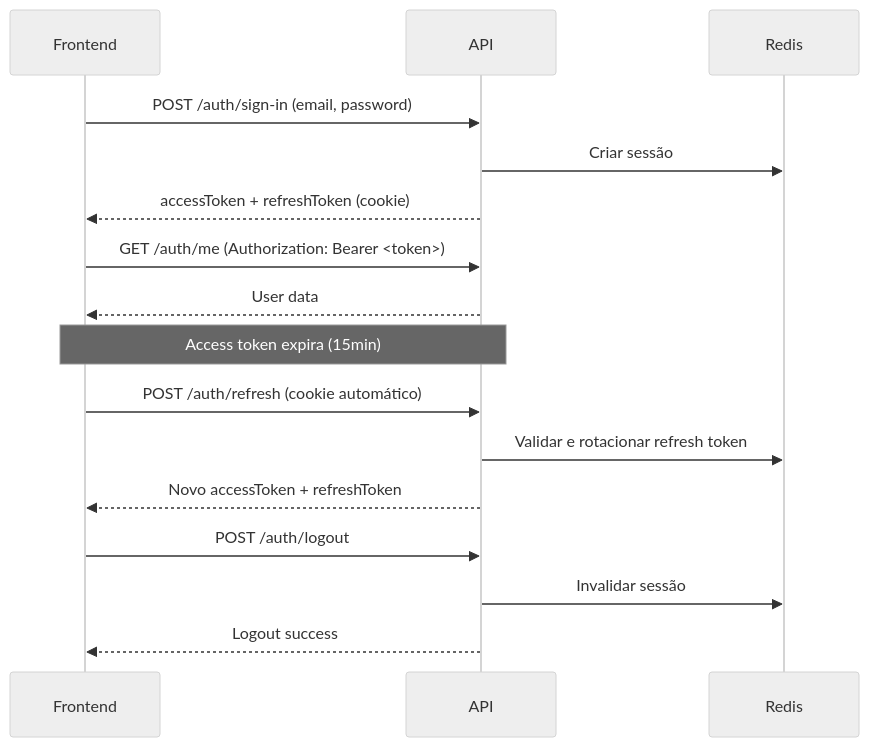
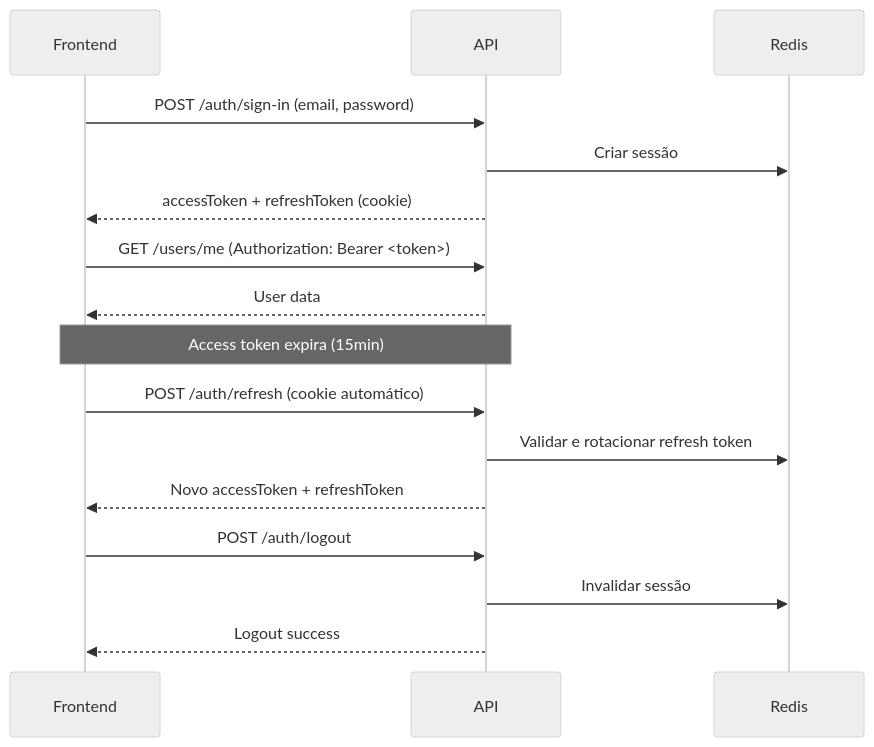
One commit to danzSTK/personal-finance-backend changed the diagram in docs/integrations/README.md. Above: the diagram before and after it, drawn with Mermaid (neutral theme). The commit also changed other lines of this file and 13 other files, not shown here.

````diff
--- a/docs/integrations/README.md
+++ b/docs/integrations/README.md
@@ -243,23 +243,23 @@
 ```mermaid
 sequenceDiagram
     participant Frontend
     participant API
     participant Redis
     
     Frontend->>API: POST /auth/sign-in (email, password)
     API->>Redis: Criar sessão
     API-->>Frontend: accessToken + refreshToken (cookie)
     
-    Frontend->>API: GET /auth/me (Authorization: Bearer <token>)
+    Frontend->>API: GET /users/me (Authorization: Bearer <token>)
     API-->>Frontend: User data
     
     Note over Frontend,API: Access token expira (15min)
     
     Frontend->>API: POST /auth/refresh (cookie automático)
     API->>Redis: Validar e rotacionar refresh token
     API-->>Frontend: Novo accessToken + refreshToken
     
     Frontend->>API: POST /auth/logout
     API->>Redis: Invalidar sessão
     API-->>Frontend: Logout success
 ```
````
